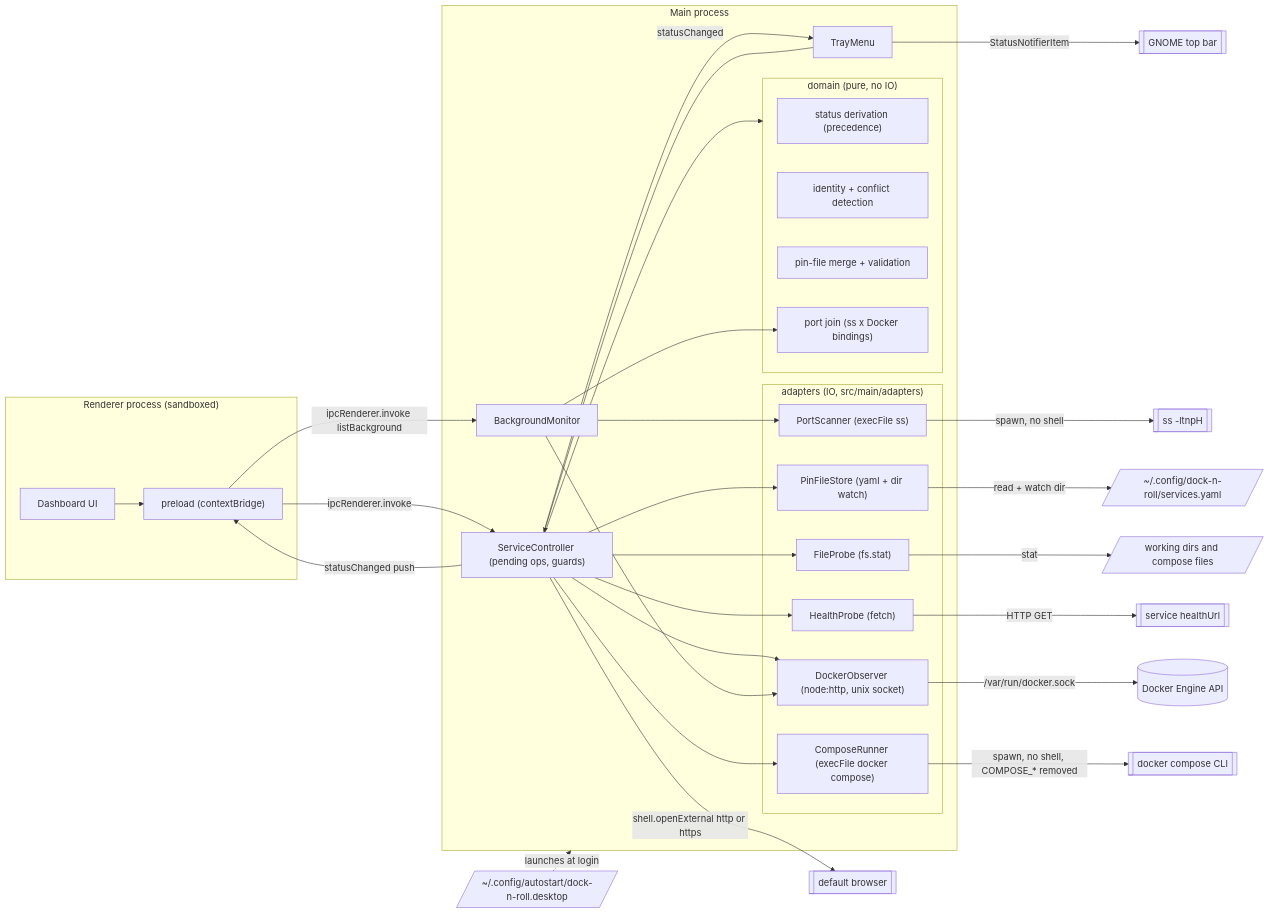
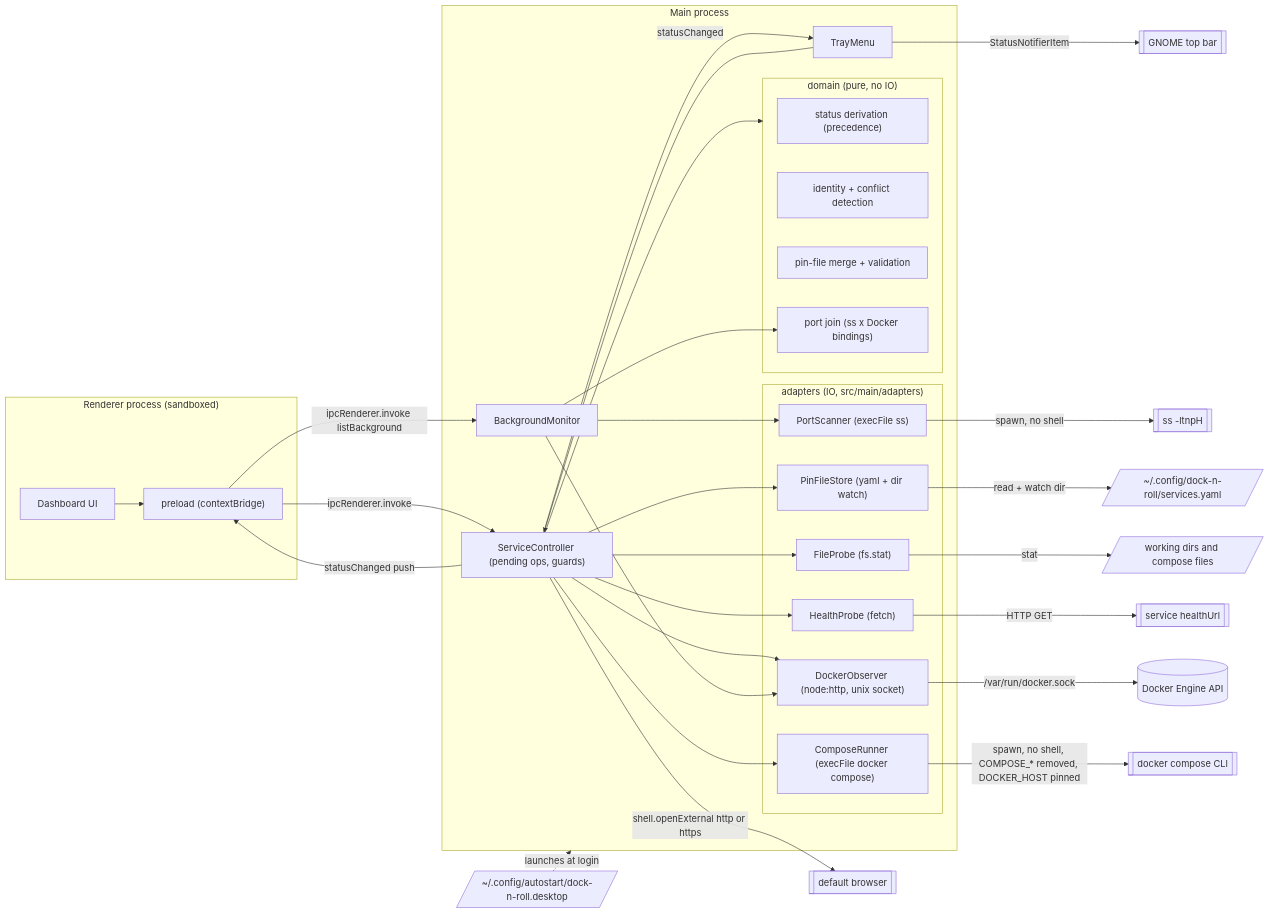
Before and after one commit to benoit-bremaud/dock-n-roll: the diagram in docs/architecture/diagrams/launcher/03-component.md, drawn with Mermaid. The commit also changed other lines of this file and 17 other files, not shown here.

````diff
--- a/docs/architecture/diagrams/launcher/03-component.md
+++ b/docs/architecture/diagrams/launcher/03-component.md
@@ -14,50 +14,50 @@
 ```mermaid
 flowchart LR
   subgraph Renderer ["Renderer process (sandboxed)"]
     Dashboard["Dashboard UI"]
     Preload["preload (contextBridge)"]
     Dashboard --> Preload
   end
   subgraph Main ["Main process"]
     Tray["TrayMenu"]
     SC["ServiceController (pending ops, guards)"]
     BM["BackgroundMonitor"]
     subgraph Domain ["domain (pure, no IO)"]
       Derive["status derivation (precedence)"]
       Ident["identity + conflict detection"]
       Merge["pin-file merge + validation"]
       Join["port join (ss x Docker bindings)"]
     end
     subgraph Adapters ["adapters (IO, src/main/adapters)"]
       DO["DockerObserver (node:http, unix socket)"]
       CR["ComposeRunner (execFile docker compose)"]
       HP["HealthProbe (fetch)"]
       FP["FileProbe (fs.stat)"]
       PS["PortScanner (execFile ss)"]
       PF["PinFileStore (yaml + dir watch)"]
     end
   end
   Preload -->|"ipcRenderer.invoke"| SC
   Preload -->|"ipcRenderer.invoke listBackground"| BM
   SC -->|"statusChanged push"| Preload
   SC -->|"statusChanged"| Tray
   Tray --> SC
   SC --> Domain
   BM --> Join
   SC --> DO
   SC --> CR
   SC --> HP
   SC --> FP
   SC --> PF
   BM --> PS
   BM --> DO
   DO -->|"/var/run/docker.sock"| Docker[("Docker Engine API")]
-  CR -->|"spawn, no shell, COMPOSE_* removed"| CLI[["docker compose CLI"]]
+  CR -->|"spawn, no shell, COMPOSE_* removed, DOCKER_HOST pinned"| CLI[["docker compose CLI"]]
   PS -->|"spawn, no shell"| SS[["ss -ltnpH"]]
   HP -->|"HTTP GET"| Local[["service healthUrl"]]
   FP -->|"stat"| Disk[/"working dirs and compose files"/]
   PF -->|"read + watch dir"| YAML[/"~/.config/dock-n-roll/services.yaml"/]
   SC -->|"shell.openExternal http or https"| Browser[["default browser"]]
   Tray -->|"StatusNotifierItem"| GNOME[["GNOME top bar"]]
   Autostart[/"~/.config/autostart/dock-n-roll.desktop"/] -.->|"launches at login"| Main
 ```
````
